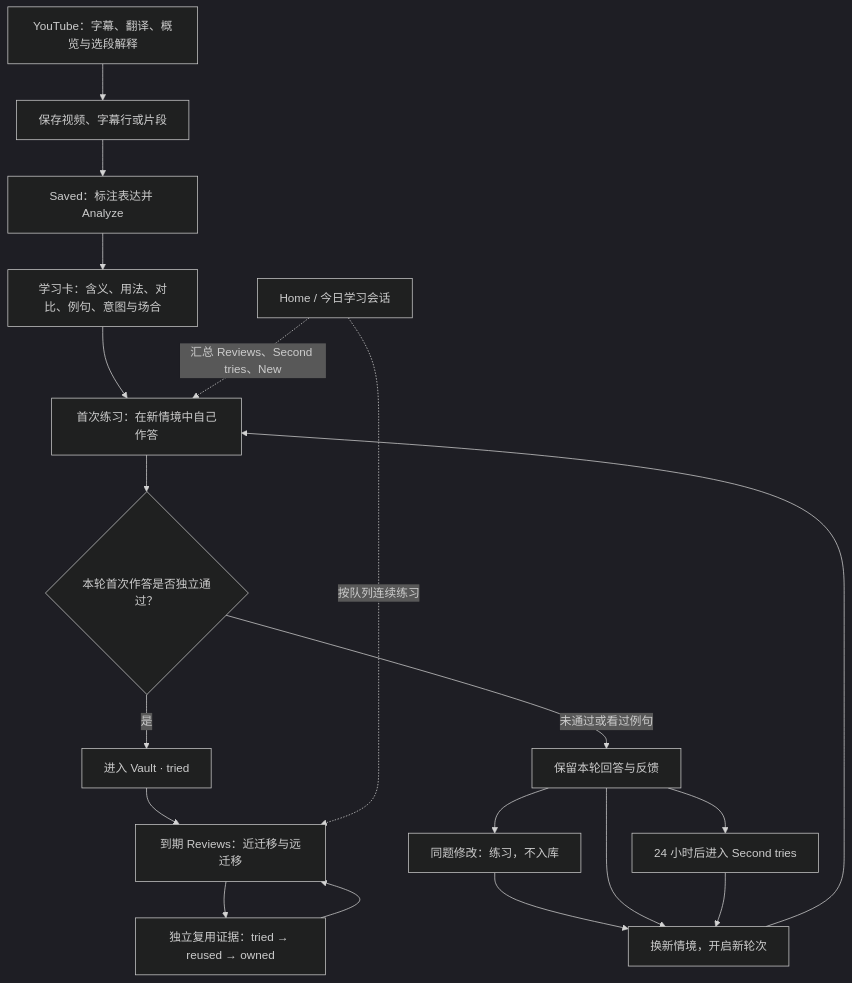
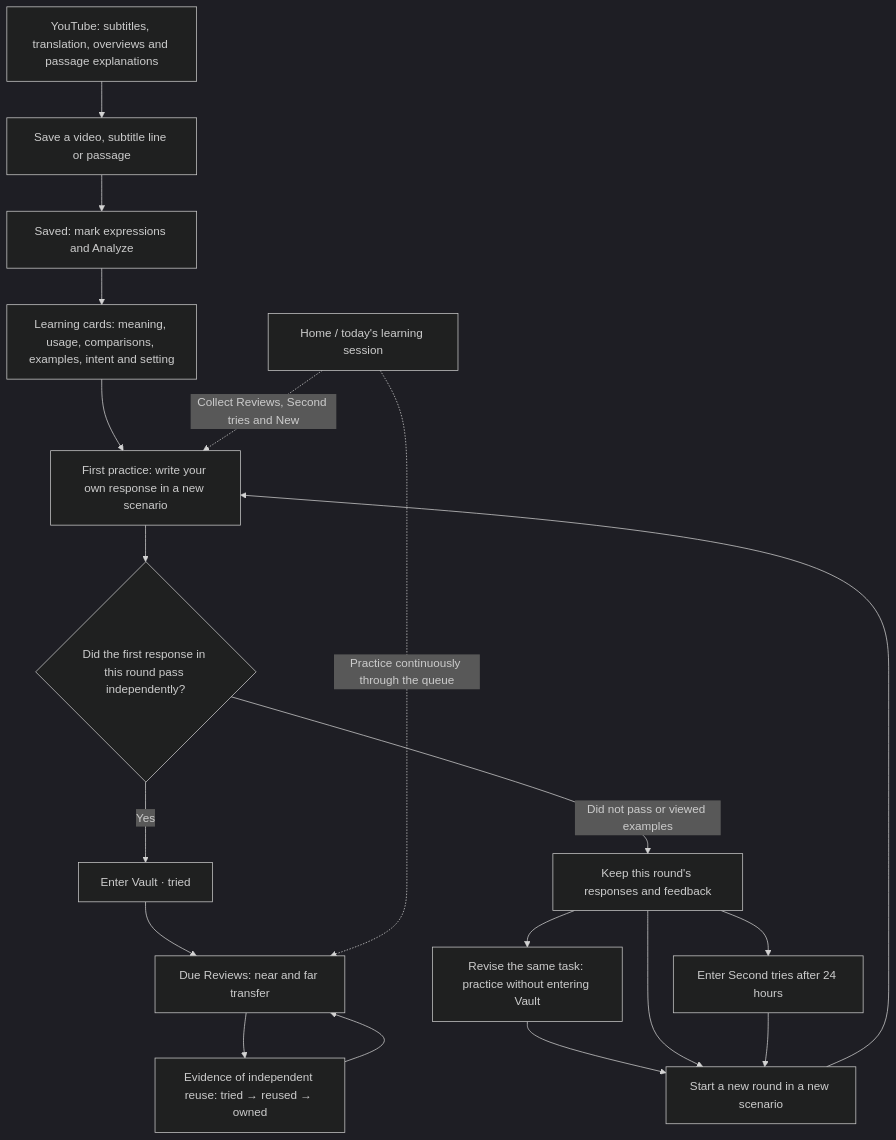
One commit to LLLJJJcon/popcorn changed the diagram in README.md. Above: the diagram before and after it, drawn with Mermaid (dark theme). The commit also changed other lines of this file and 1 other file, not shown here.

````diff
--- a/README.md
+++ b/README.md
@@ -17,21 +19,21 @@
 ```mermaid
 flowchart TD
-    A[YouTube：字幕、翻译、概览与选段解释] --> B[保存视频、字幕行或片段]
-    B --> C[Saved：标注表达并 Analyze]
-    C --> D[学习卡：含义、用法、对比、例句、意图与场合]
-    D --> E[首次练习：在新情境中自己作答]
-    E --> F{本轮首次作答是否独立通过？}
-    F -->|是| G[进入 Vault · tried]
-    F -->|未通过或看过例句| H[保留本轮回答与反馈]
-    H --> M[同题修改：练习，不入库]
-    M --> N[换新情境，开启新轮次]
+    A[YouTube: subtitles, translation, overviews and passage explanations] --> B[Save a video, subtitle line or passage]
+    B --> C[Saved: mark expressions and Analyze]
+    C --> D[Learning cards: meaning, usage, comparisons, examples, intent and setting]
+    D --> E[First practice: write your own response in a new scenario]
+    E --> F{Did the first response in this round pass independently?}
+    F -->|Yes| G[Enter Vault · tried]
+    F -->|Did not pass or viewed examples| H[Keep this round's responses and feedback]
+    H --> M[Revise the same task: practice without entering Vault]
+    M --> N[Start a new round in a new scenario]
     H --> N
     N --> E
-    H --> I[24 小时后进入 Second tries]
+    H --> I[Enter Second tries after 24 hours]
     I --> N
-    G --> J[到期 Reviews：近迁移与远迁移]
-    J --> K[独立复用证据：tried → reused → owned]
+    G --> J[Due Reviews: near and far transfer]
+    J --> K[Evidence of independent reuse: tried → reused → owned]
     K --> J
-    L[Home / 今日学习会话] -. 汇总 Reviews、Second tries、New .-> E
-    L -. 按队列连续练习 .-> J
+    L[Home / today's learning session] -. Collect Reviews, Second tries and New .-> E
+    L -. Practice continuously through the queue .-> J
 ```
````
